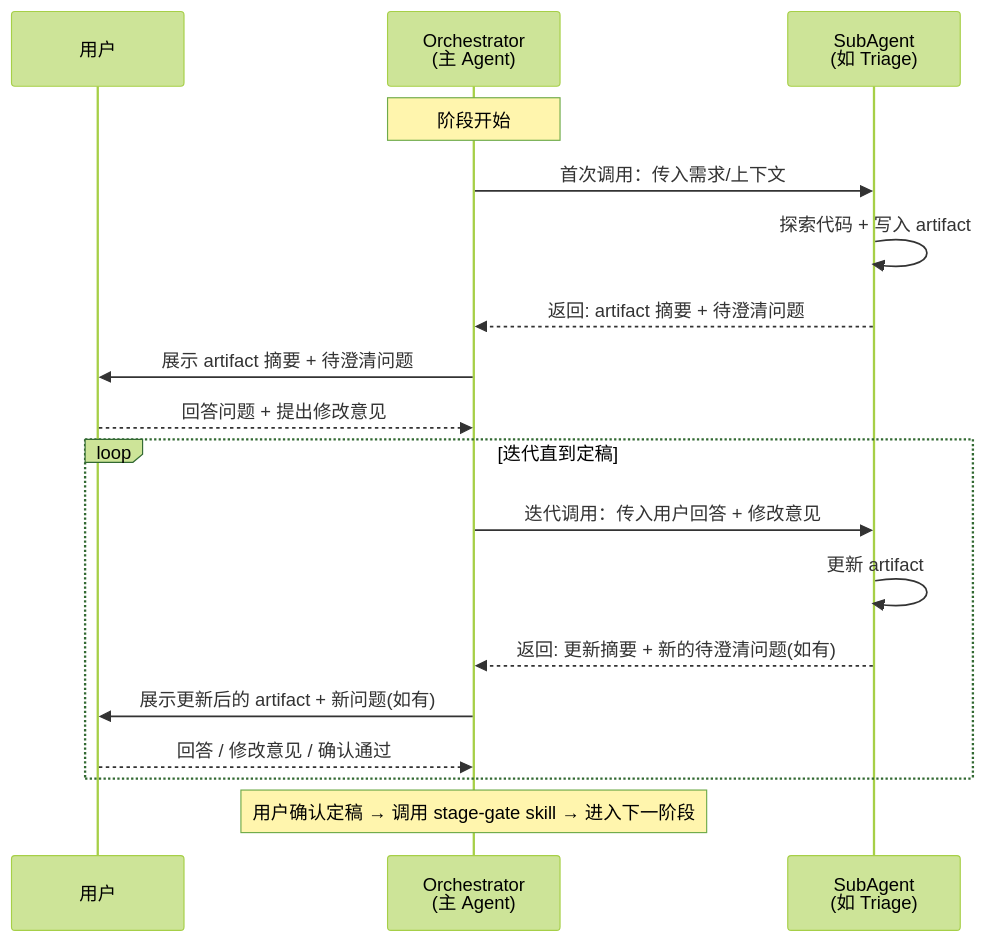
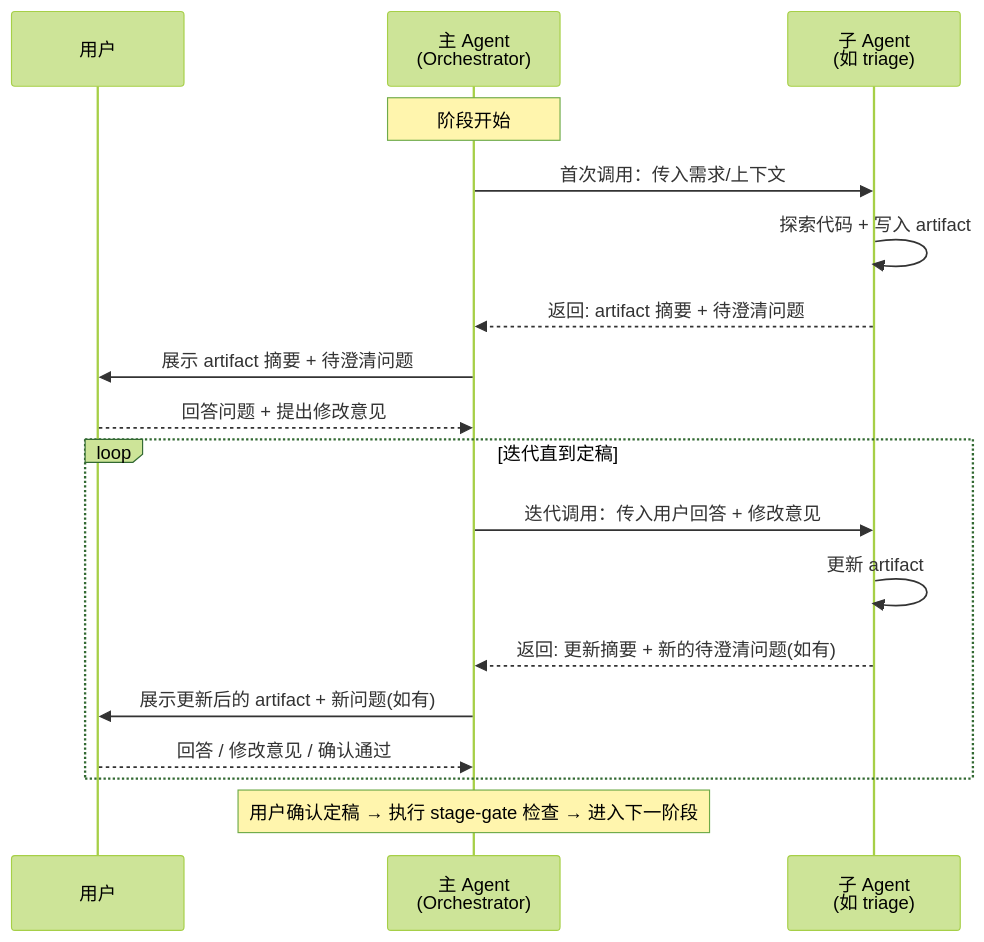
The third of 7 diagrams in ARCHITECTURE.md (daydreamer258/opencode-sdd-pipeline), drawn with Mermaid (forest theme) before and after one commit. The commit also changed other lines of this file and 12 other files, not shown here.

````diff
--- a/ARCHITECTURE.md
+++ b/ARCHITECTURE.md
@@ -116,24 +122,24 @@
 ```mermaid
 sequenceDiagram
     participant U as 用户
-    participant O as Orchestrator<br/>(主 Agent)
-    participant S as SubAgent<br/>(如 Triage)
+    participant M as 主 Agent<br/>(Orchestrator)
+    participant S as 子 Agent<br/>(如 triage)
 
-    Note over O: 阶段开始
-    O->>S: 首次调用：传入需求/上下文
+    Note over M: 阶段开始
+    M->>S: 首次调用：传入需求/上下文
     S->>S: 探索代码 + 写入 artifact
-    S-->>O: 返回: artifact 摘要 + 待澄清问题
+    S-->>M: 返回: artifact 摘要 + 待澄清问题
 
-    O->>U: 展示 artifact 摘要 + 待澄清问题
-    U-->>O: 回答问题 + 提出修改意见
+    M->>U: 展示 artifact 摘要 + 待澄清问题
+    U-->>M: 回答问题 + 提出修改意见
 
     loop 迭代直到定稿
-        O->>S: 迭代调用：传入用户回答 + 修改意见
+        M->>S: 迭代调用：传入用户回答 + 修改意见
         S->>S: 更新 artifact
-        S-->>O: 返回: 更新摘要 + 新的待澄清问题(如有)
-        O->>U: 展示更新后的 artifact + 新问题(如有)
-        U-->>O: 回答 / 修改意见 / 确认通过
+        S-->>M: 返回: 更新摘要 + 新的待澄清问题(如有)
+        M->>U: 展示更新后的 artifact + 新问题(如有)
+        U-->>M: 回答 / 修改意见 / 确认通过
     end
 
-    Note over O: 用户确认定稿 → 调用 stage-gate skill → 进入下一阶段
+    Note over M: 用户确认定稿 → 执行 stage-gate 检查 → 进入下一阶段
 ```
````
